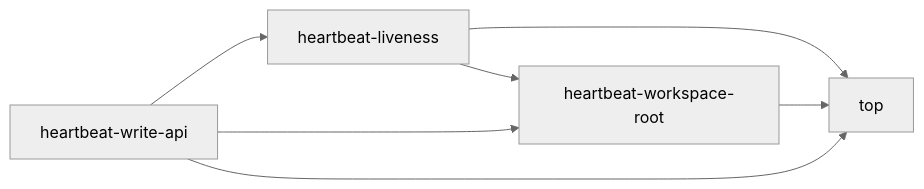
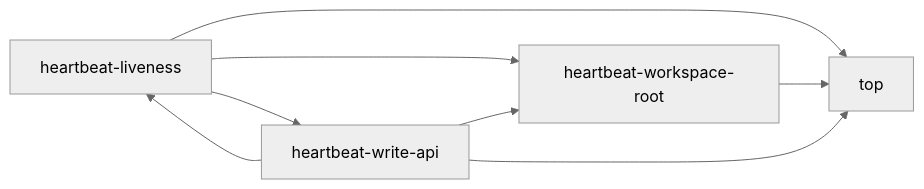
The sixth of 14 diagrams in docs/project-description.md (Han-Haocheng/project-flow), drawn with Mermaid (neutral theme) before and after one commit. The commit also changed other lines of this file and 18 other files, not shown here.

First line of the commit message:
feat(flow): 五条并行线合并收口 —— claims 扩面/心跳可观测/plan/汇总轮收口/派工 CAS

````diff
--- a/docs/project-description.md
+++ b/docs/project-description.md
@@ -603,9 +605,10 @@
 ```mermaid
 graph LR
   m2["heartbeat-liveness"] --> m1["heartbeat-workspace-root"]
+  m2["heartbeat-liveness"] --> m3["heartbeat-write-api"]
   m2["heartbeat-liveness"] --> m0["top"]
   m1["heartbeat-workspace-root"] --> m0["top"]
   m3["heartbeat-write-api"] --> m2["heartbeat-liveness"]
   m3["heartbeat-write-api"] --> m1["heartbeat-workspace-root"]
   m3["heartbeat-write-api"] --> m0["top"]
 ```
````
